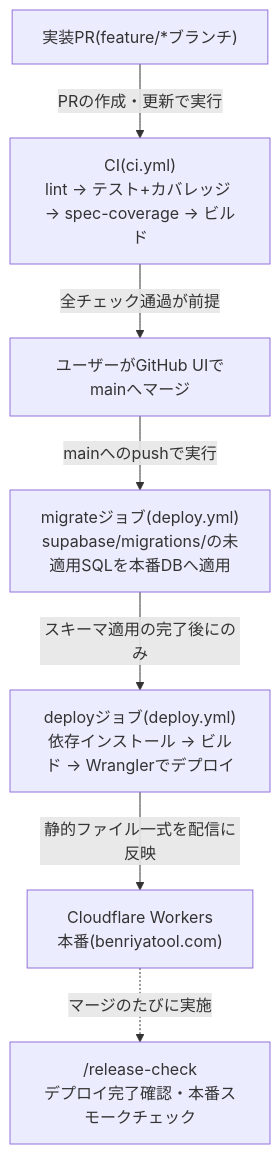
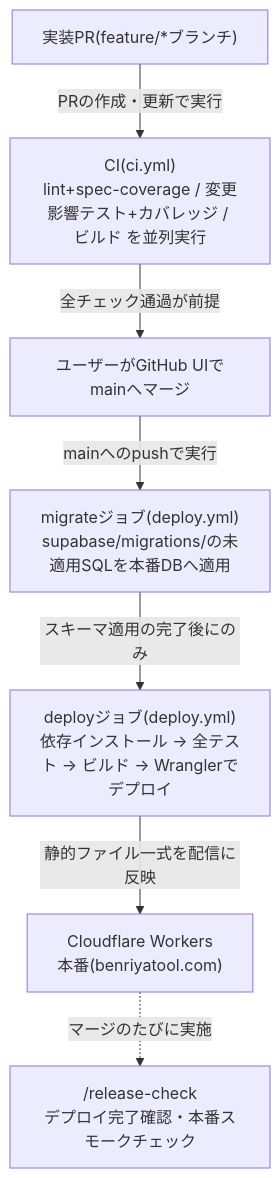
One commit to zakiyama0108/benriyatool changed the diagram in docs/architecture/deployment.md. Above: the diagram before and after it, drawn with Mermaid. The commit also changed other lines of this file and 5 other files, not shown here.

````diff
--- a/docs/architecture/deployment.md
+++ b/docs/architecture/deployment.md
@@ -5,17 +5,17 @@
 ```mermaid
 flowchart TD
     pr["実装PR(feature/*ブランチ)"]
-    ci["CI(ci.yml)<br>lint → テスト+カバレッジ → spec-coverage → ビルド"]
+    ci["CI(ci.yml)<br>lint+spec-coverage / 変更影響テスト+カバレッジ / ビルド を並列実行"]
     merge["ユーザーがGitHub UIでmainへマージ"]
     migrate["migrateジョブ(deploy.yml)<br>supabase/migrations/の未適用SQLを本番DBへ適用"]
-    deploy["deployジョブ(deploy.yml)<br>依存インストール → ビルド → Wranglerでデプロイ"]
+    deploy["deployジョブ(deploy.yml)<br>依存インストール → 全テスト → ビルド → Wranglerでデプロイ"]
     prod["Cloudflare Workers<br>本番(benriyatool.com)"]
     check["/release-check<br>デプロイ完了確認・本番スモークチェック"]
 
     pr -->|PRの作成・更新で実行| ci
     ci -->|全チェック通過が前提| merge
     merge -->|mainへのpushで実行| migrate
     migrate -->|スキーマ適用の完了後にのみ| deploy
     deploy -->|静的ファイル一式を配信に反映| prod
     prod -.->|マージのたびに実施| check
 ```
````
